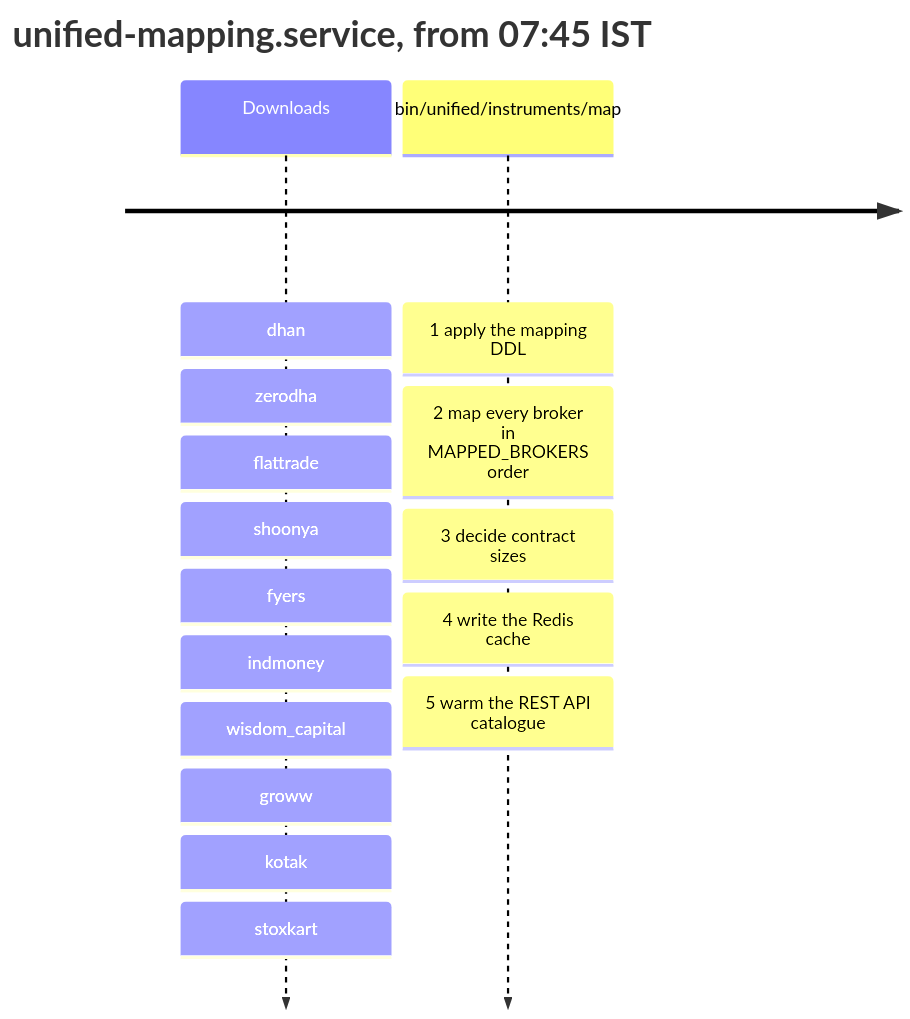
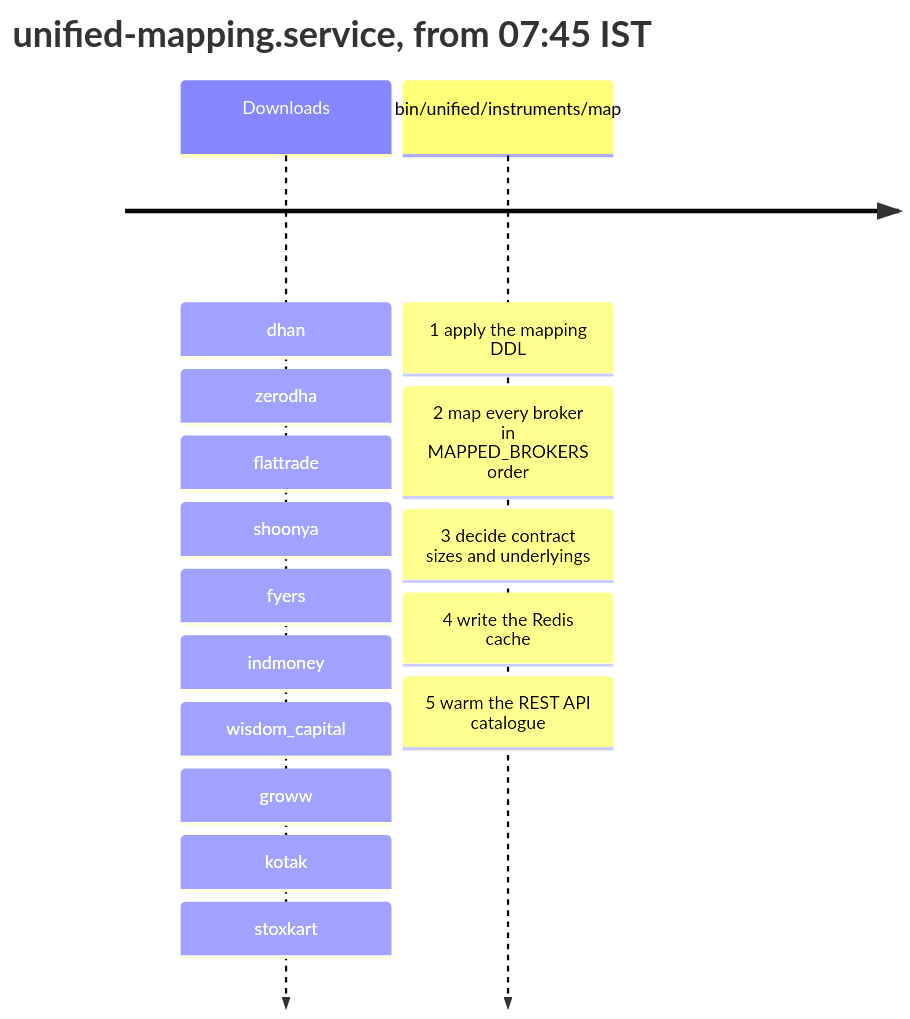
One commit to pramodathani/unified_broker_interface changed the first of 3 diagrams in docs/pipelines/instrument-masters.md. Above: the diagram before and after it, drawn with Mermaid. The commit also changed other lines of this file and 13 other files, not shown here.

````diff
--- a/docs/pipelines/instrument-masters.md
+++ b/docs/pipelines/instrument-masters.md
@@ -9,8 +9,8 @@
 ```mermaid
 timeline
     title unified-mapping.service, from 07:45 IST
     Downloads : dhan : zerodha : flattrade : shoonya : fyers
               : indmoney : wisdom_capital : groww : kotak : stoxkart
     bin/unified/instruments/map : 1 apply the mapping DDL : 2 map every broker in MAPPED_BROKERS order
-                                : 3 decide contract sizes : 4 write the Redis cache : 5 warm the REST API catalogue
+                                : 3 decide contract sizes and underlyings : 4 write the Redis cache : 5 warm the REST API catalogue
 ```
````
